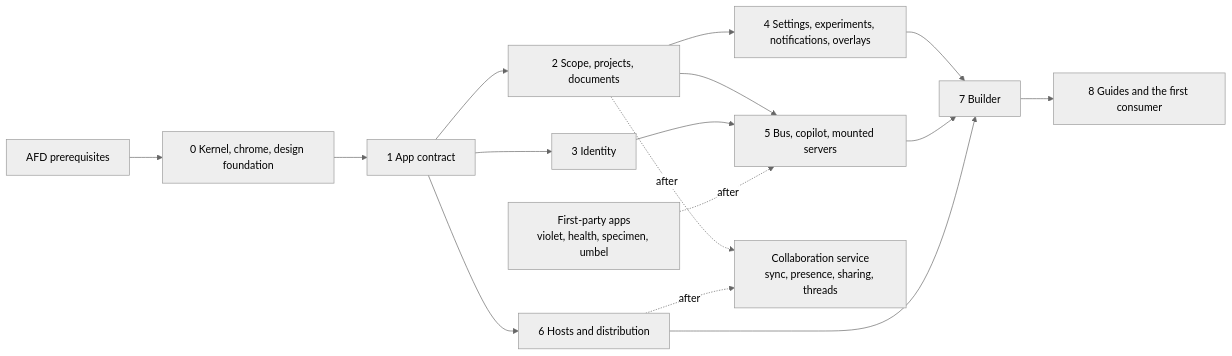
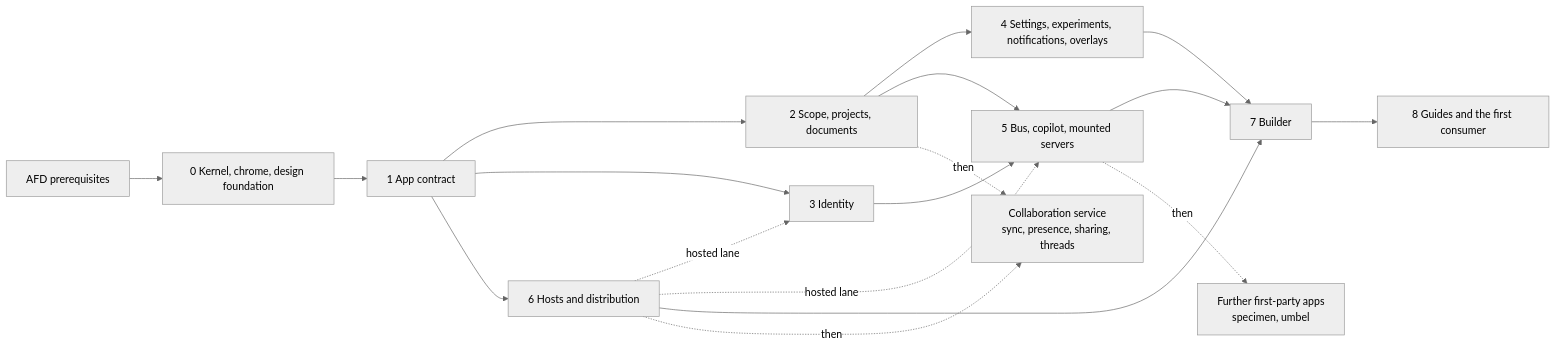
The sixth of 6 diagrams in endpoints/loam/docs/architecture.md (lushly-dev/afd), drawn with Mermaid (neutral theme) before and after one commit. The commit also changed other lines of this file and 8 other files, not shown here.

````diff
--- a/endpoints/loam/docs/architecture.md
+++ b/endpoints/loam/docs/architecture.md
@@ -661,14 +724,15 @@
 ```mermaid
 flowchart LR
     PR["AFD prerequisites"] --> P0
     P0["0 Kernel, chrome, design foundation"] --> P1["1 App contract"]
     P1 --> P2["2 Scope, projects, documents"]
     P1 --> P3["3 Identity"]
+    P1 --> P6["6 Hosts and distribution"]
+    P6 -. hosted lane .-> P3
+    P6 -. hosted lane .-> P5
     P2 --> P4["4 Settings, experiments, notifications, overlays"]
     P2 & P3 --> P5["5 Bus, copilot, mounted servers"]
-    P1 --> P6["6 Hosts and distribution"]
     P4 & P5 & P6 --> P7["7 Builder"] --> P8["8 Guides and the first consumer"]
-    F["First-party apps<br/>violet, health, specimen, umbel"] -. after .-> P5
-    C["Collaboration service<br/>sync, presence, sharing, threads"]
-    P2 & P6 -. after .-> C
+    P5 -. then .-> F["Further first-party apps<br/>specimen, umbel"]
+    P2 & P6 -. then .-> C["Collaboration service<br/>sync, presence, sharing, threads"]
 ```
````
